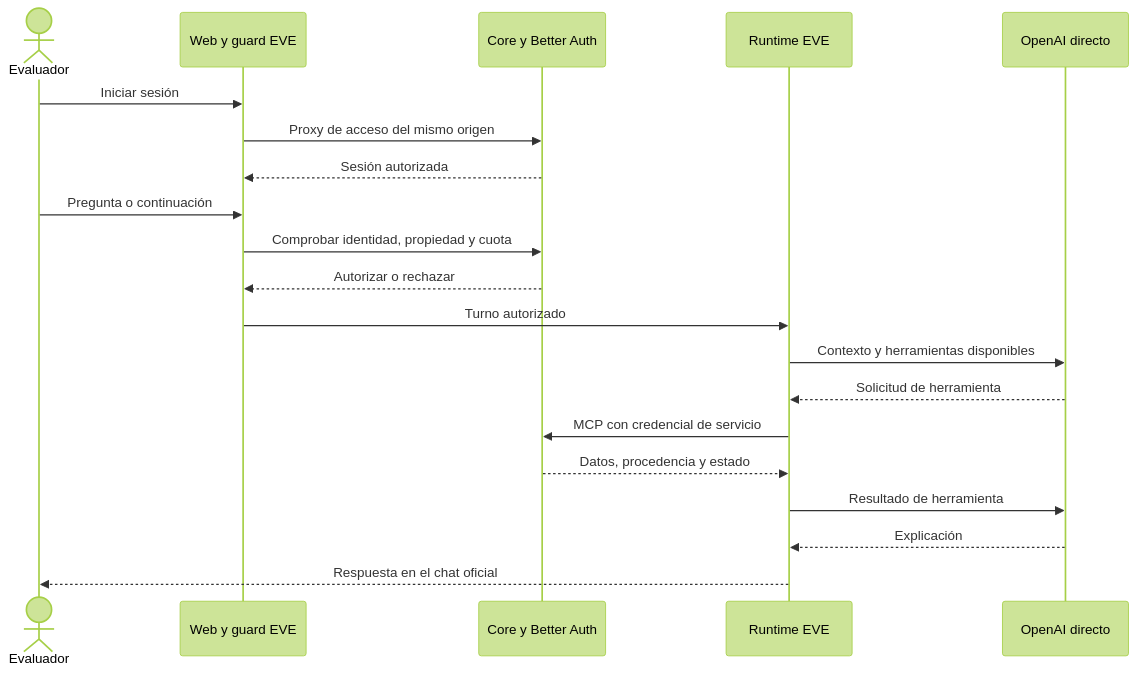
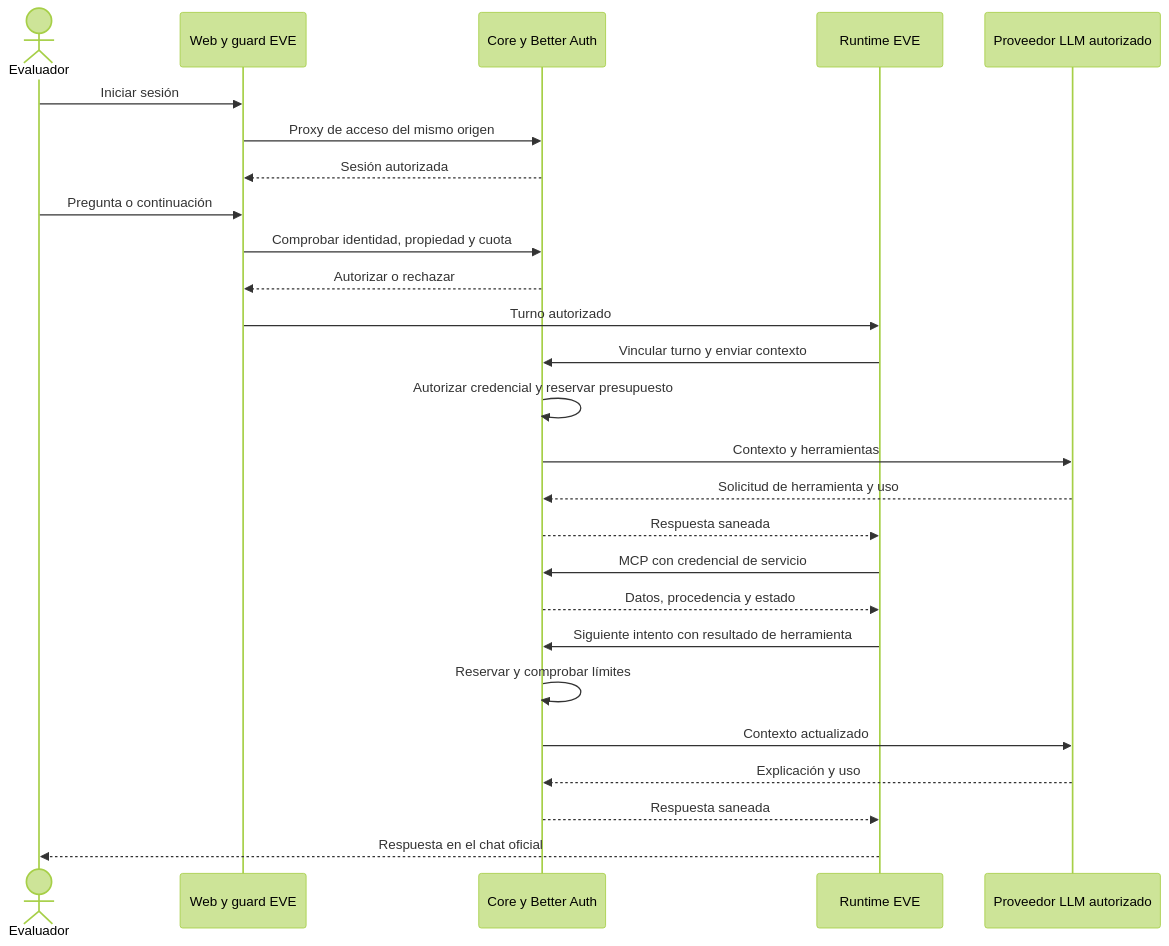
The second of 6 diagrams in docs/architecture.md (alanslzrr/digital-twin-conversational-mobility), drawn with Mermaid (forest theme) before and after one commit. The commit also changed other lines of this file and 2 other files, not shown here.

Commit message:
docs(architecture): distinguish OCI preparation from deployment

````diff
--- a/docs/architecture.md
+++ b/docs/architecture.md
@@ -52,22 +52,28 @@
 ```mermaid
 sequenceDiagram
   actor U as Evaluador
   participant W as Web y guard EVE
   participant C as Core y Better Auth
   participant E as Runtime EVE
-  participant M as OpenAI directo
+  participant M as Proveedor LLM autorizado
   U->>W: Iniciar sesión
   W->>C: Proxy de acceso del mismo origen
   C-->>W: Sesión autorizada
   U->>W: Pregunta o continuación
   W->>C: Comprobar identidad, propiedad y cuota
   C-->>W: Autorizar o rechazar
   W->>E: Turno autorizado
-  E->>M: Contexto y herramientas disponibles
-  M-->>E: Solicitud de herramienta
+  E->>C: Vincular turno y enviar contexto
+  C->>C: Autorizar credencial y reservar presupuesto
+  C->>M: Contexto y herramientas
+  M-->>C: Solicitud de herramienta y uso
+  C-->>E: Respuesta saneada
   E->>C: MCP con credencial de servicio
   C-->>E: Datos, procedencia y estado
-  E->>M: Resultado de herramienta
-  M-->>E: Explicación
+  E->>C: Siguiente intento con resultado de herramienta
+  C->>C: Reservar y comprobar límites
+  C->>M: Contexto actualizado
+  M-->>C: Explicación y uso
+  C-->>E: Respuesta saneada
   E-->>U: Respuesta en el chat oficial
 ```
````
